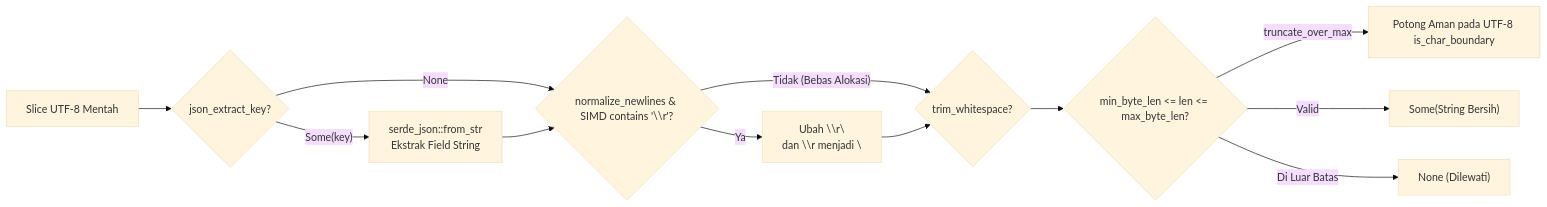
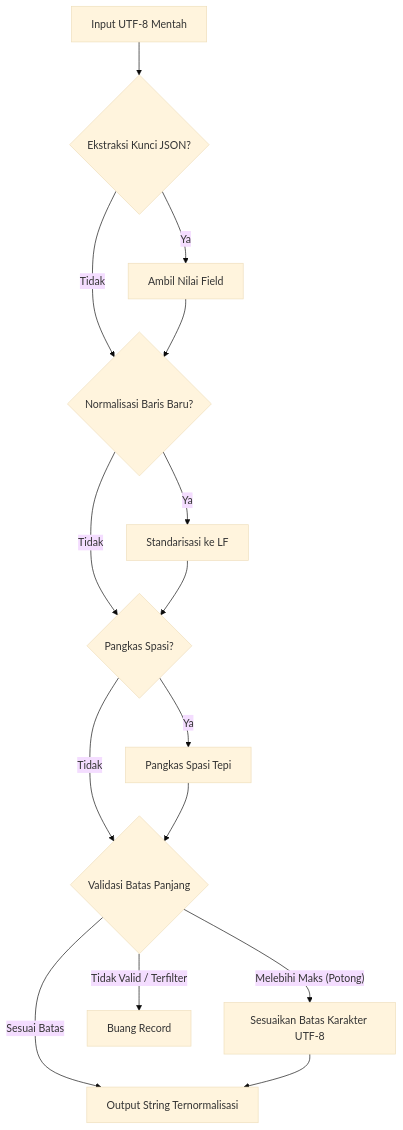
Before and after one commit to cloverx-id/luminamoon: the diagram in docs/dataloader/simd_and_postprocess/README.id.md, drawn with Mermaid (base theme). The commit also changed 33 other files, not shown here.

Commit message:
change diagram style

````diff
--- a/docs/dataloader/simd_and_postprocess/README.id.md
+++ b/docs/dataloader/simd_and_postprocess/README.id.md
@@ -53,14 +53,21 @@
 ```mermaid
-flowchart LR
-    Raw["Slice UTF-8 Mentah"] --> JSON{"json_extract_key?"}
-    JSON -->|"Some(key)"| Parse["serde_json::from_str\nEkstrak Field String"]
-    JSON -->|"None"| CRLF{"normalize_newlines & SIMD contains '\\r'?"}
-    Parse --> CRLF
-    CRLF -->|"Ya"| Replace["Ubah \\r\\n dan \\r menjadi \\n"]
-    CRLF -->|"Tidak (Bebas Alokasi)"| Trim{"trim_whitespace?"}
-    Replace --> Trim
-    Trim --> Bounds{"min_byte_len <= len <= max_byte_len?"}
-    Bounds -->|"truncate_over_max"| CharBound["Potong Aman pada UTF-8 is_char_boundary"]
-    Bounds -->|"Valid"| Output["Some(String Bersih)"]
-    Bounds -->|"Di Luar Batas"| Drop["None (Dilewati)"]
+flowchart TD
+    Raw["Input UTF-8 Mentah"] --> CheckJSON{"Ekstraksi Kunci JSON?"}
+    
+    CheckJSON -->|"Ya"| ParseJSON["Ambil Nilai Field"]
+    CheckJSON -->|"Tidak"| CheckCRLF
+    ParseJSON --> CheckCRLF{"Normalisasi Baris Baru?"}
+
+    CheckCRLF -->|"Ya"| NormCRLF["Standarisasi ke LF"]
+    CheckCRLF -->|"Tidak"| CheckTrim
+    NormCRLF --> CheckTrim{"Pangkas Spasi?"}
+
+    CheckTrim -->|"Ya"| Trim["Pangkas Spasi Tepi"]
+    CheckTrim -->|"Tidak"| CheckLength
+    Trim --> CheckLength{"Validasi Batas Panjang"}
+
+    CheckLength -->|"Sesuai Batas"| Output["Output String Ternormalisasi"]
+    CheckLength -->|"Melebihi Maks (Potong)"| Truncate["Sesuaikan Batas Karakter UTF-8"]
+    Truncate --> Output
+    CheckLength -->|"Tidak Valid / Terfilter"| Discard["Buang Record"]
 ```
````
